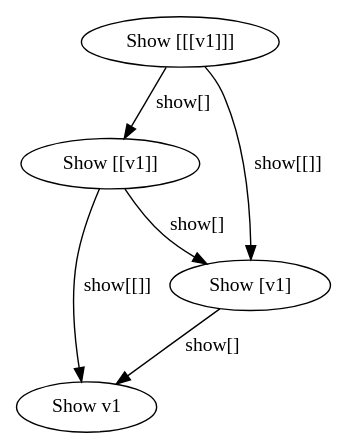
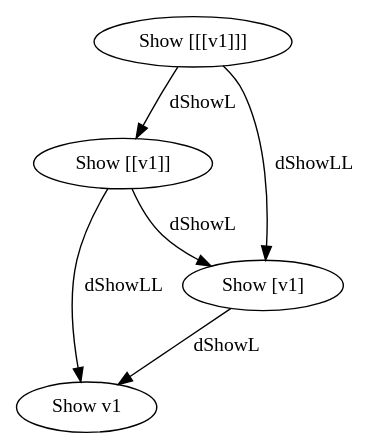
One commit to uhc/uhc changed the diagram in EHC/figs/redGraphShowTable.dot. Above: the diagram before and after it, drawn with Graphviz. The commit also changed 12 other files, not shown here.

```diff
--- a/EHC/figs/redGraphShowTable.dot
+++ b/EHC/figs/redGraphShowTable.dot
@@ -1,12 +1,12 @@
+
 digraph fgl {
-        0 [label = "Show [[[v1]]]"]
-        1 [label = "Show [[v1]]"]
-        2 [label = "Show [v1]"]
-        3 [label = "Show v1"]
-
-        0 -> 1 [label = "show[]"]
-        0 -> 2 [label = "show[[]]"]
-        1 -> 2 [label = "show[]"]
-        1 -> 3 [label = "show[[]]"]
-        2 -> 3 [label = "show[]"]
+	0 [label = "Show [[[v1]]]"]
+	1 [label = "Show [[v1]]"]
+	2 [label = "Show [v1]"]
+	3 [label = "Show v1"]
+	0 -> 1 [label = "dShowL"]
+	0 -> 2 [label = "dShowLL"]
+	1 -> 3 [label = "dShowLL"]
+	1 -> 2 [label = "dShowL"]
+	2 -> 3 [label = "dShowL"]
 }
```
